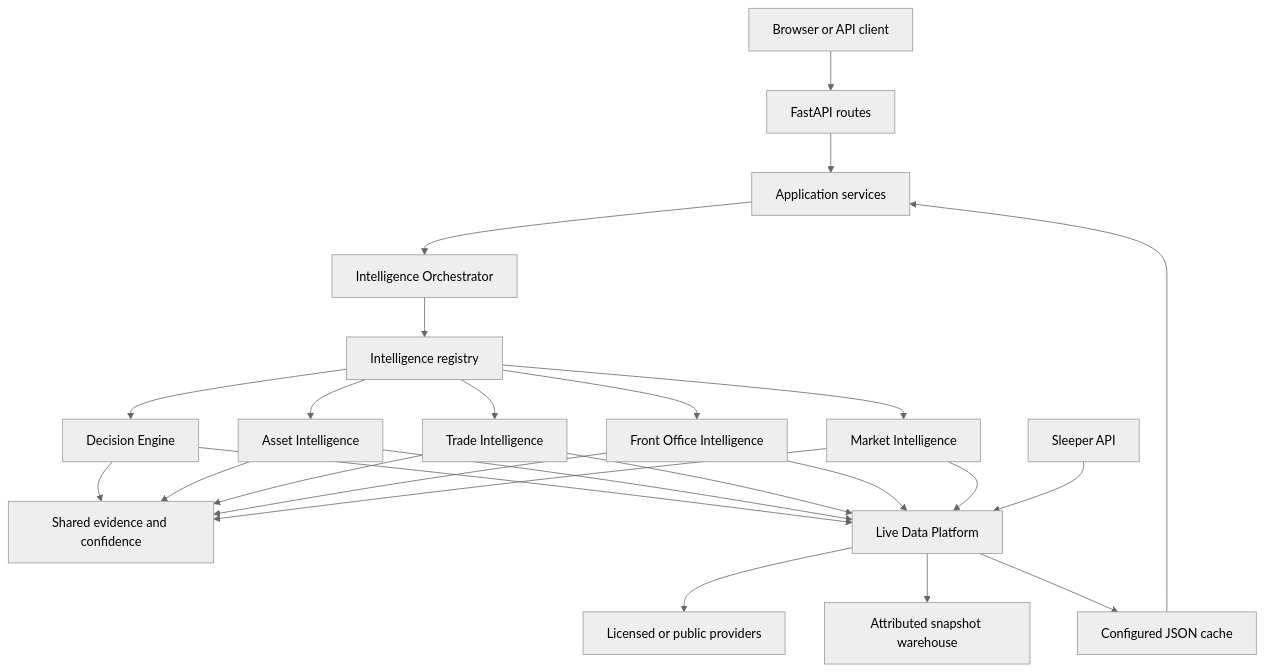
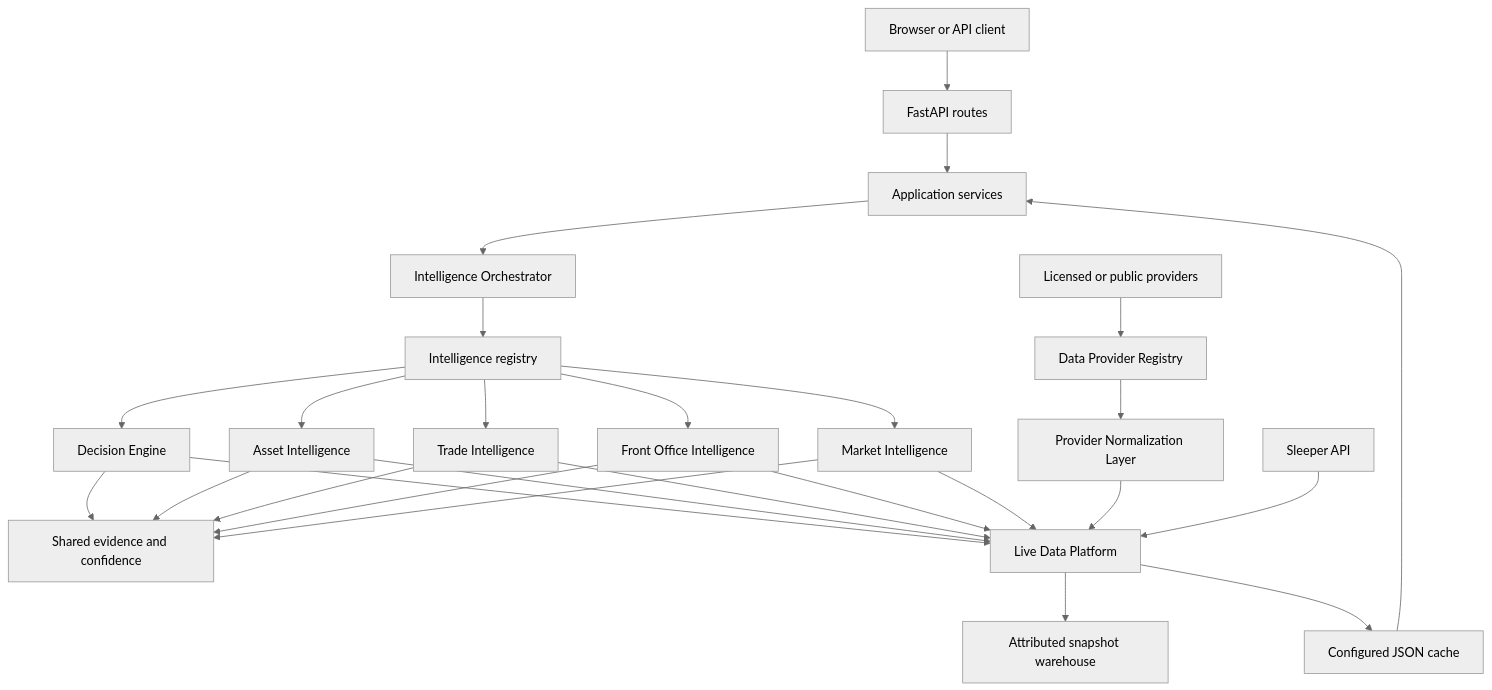
One commit to Richarddavis47/dtos changed the diagram in docs/ARCHITECTURE.md. Above: the diagram before and after it, drawn with Mermaid (neutral theme). The commit also changed other lines of this file and 25 other files, not shown here.

Commit message:
DTOS v1.4.1 Provider Activation and Data Normalization Platform

````diff
--- a/docs/ARCHITECTURE.md
+++ b/docs/ARCHITECTURE.md
@@ -3,19 +3,21 @@
 ```mermaid
 flowchart TD
     Browser[Browser or API client] --> FastAPI[FastAPI routes]
     FastAPI --> Services[Application services]
     Services --> Orchestrator[Intelligence Orchestrator]
     Orchestrator --> Registry[Intelligence registry]
     Registry --> Decision[Decision Engine]
     Registry --> Asset[Asset Intelligence]
     Registry --> Trade[Trade Intelligence]
     Registry --> FrontOffice[Front Office Intelligence]
     Registry --> Market[Market Intelligence]
     Decision & Asset & Trade & FrontOffice & Market --> Evidence[Shared evidence and confidence]
     Decision & Asset & Trade & FrontOffice & Market --> DataPlatform[Live Data Platform]
-    DataPlatform --> External[Licensed or public providers]
+    External[Licensed or public providers] --> DataRegistry[Data Provider Registry]
+    DataRegistry --> Normalizer[Provider Normalization Layer]
+    Normalizer --> DataPlatform[Live Data Platform]
     DataPlatform --> Warehouse[Attributed snapshot warehouse]
     Sleeper[Sleeper API] --> DataPlatform
     DataPlatform --> Cache[Configured JSON cache]
     Cache --> Services
 ```
````
